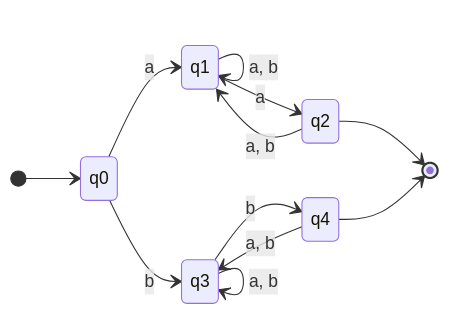
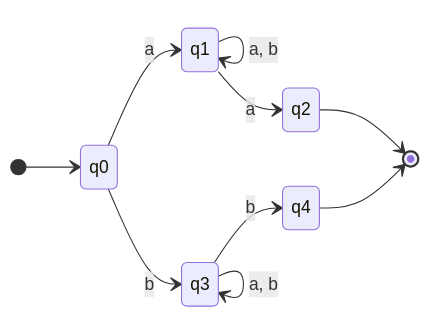
Before and after one commit to lelongc/rac: the tenth of 12 diagrams in iuh/môn/hk1-4/automat/3-4/ly_thuyet_nfa.md, drawn with Mermaid. The commit also changed other lines of this file and 7 other files, not shown here.

````diff
--- a/iuh/môn/hk1-4/automat/3-4/ly_thuyet_nfa.md
+++ b/iuh/môn/hk1-4/automat/3-4/ly_thuyet_nfa.md
@@ -438,17 +439,15 @@
 ```mermaid
 stateDiagram-v2
     direction LR
     [*] --> q0
     q0 --> q1: a
     q1 --> q1: a, b
     q1 --> q2: a
-    q2 --> q1: a, b
     
     q0 --> q3: b
     q3 --> q3: a, b
     q3 --> q4: b
-    q4 --> q3: a, b
     
     q2 --> [*]
     q4 --> [*]
 ```
````
